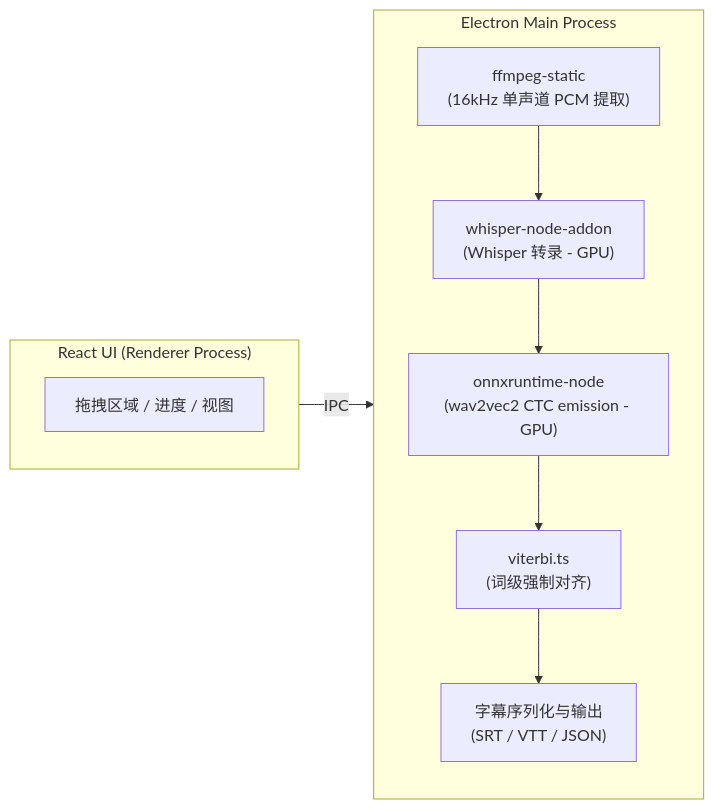
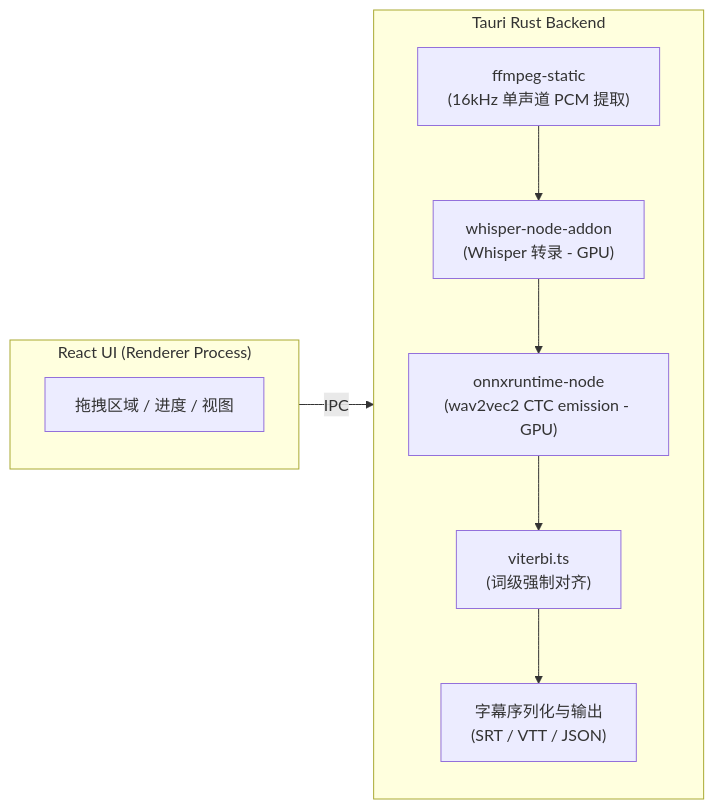
The diagram in docs/README.zh-hans.md (samchiball/CaptionX), drawn with Mermaid before and after one commit. The commit also changed other lines of this file and 181 other files, not shown here.

Commit message:
feat: migrate Electron app to Tauri v2 + React 19 and translate files/comments to English

````diff
--- a/docs/README.zh-hans.md
+++ b/docs/README.zh-hans.md
@@ -60,20 +60,20 @@
 ```mermaid
 flowchart LR
     subgraph UI ["React UI (Renderer Process)"]
         direction TB
         UI_A["拖拽区域 / 进度 / 视图"]
     end
 
-    subgraph Main ["Electron Main Process"]
+    subgraph Main ["Tauri Rust Backend"]
         direction TB
         Main_B["ffmpeg-static<br/>(16kHz 单声道 PCM 提取)"]
         Main_C["whisper-node-addon<br/>(Whisper 转录 - GPU)"]
         Main_D["onnxruntime-node<br/>(wav2vec2 CTC emission - GPU)"]
         Main_E["viterbi.ts<br/>(词级强制对齐)"]
         Main_F["字幕序列化与输出<br/>(SRT / VTT / JSON)"]
 
         Main_B --> Main_C --> Main_D --> Main_E --> Main_F
     end
 
     UI_A -- "IPC" --> Main_B
 ```
````
